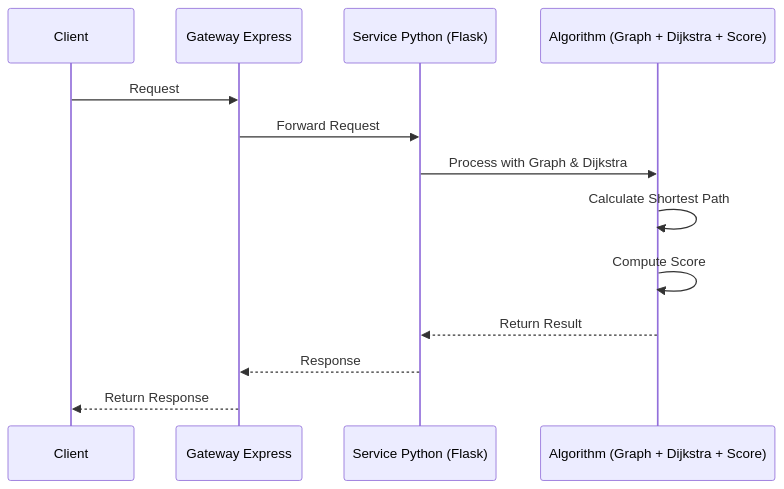
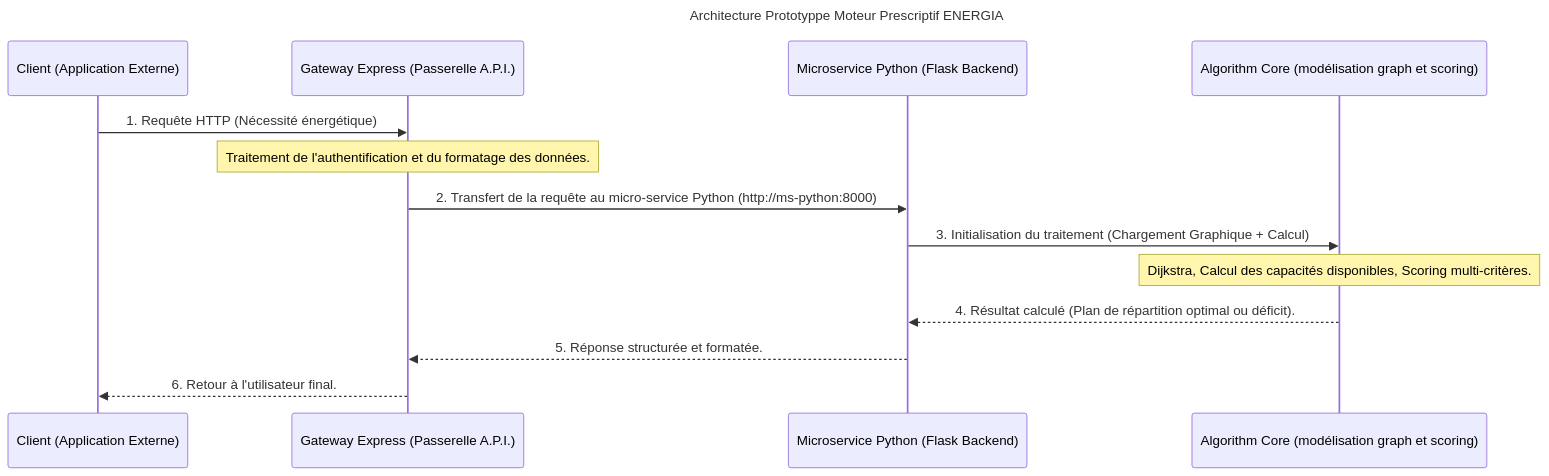
The diagram in README.md (tomtoomuch/energIA), drawn with Mermaid before and after one commit. The commit also changed other lines of this file and 2 other files, not shown here.

````diff
--- a/README.md
+++ b/README.md
@@ -16,20 +11,21 @@
 ```mermaid
 ---
 config:
-  layout: elk
+  layout: elk
+title: Architecture Prototyppe Moteur Prescriptif ENERGIA
 ---
 sequenceDiagram
-    participant Client
-    participant GatewayExpress as Gateway Express
-    participant ServicePython as Service Python (Flask)
-    participant Algorithm as Algorithm (Graph + Dijkstra + Score)
+    participant C as Client (Application Externe)
+    participant G as Gateway Express (Passerelle A.P.I.)
+    participant P as Microservice Python (Flask Backend)
+    participant A as Algorithm Core (modélisation graph et scoring)
 
-    Client->>GatewayExpress: Request
-    GatewayExpress->>ServicePython: Forward Request
-    ServicePython->>Algorithm: Process with Graph & Dijkstra
-    Algorithm->>Algorithm: Calculate Shortest Path
-    Algorithm->>Algorithm: Compute Score
-    Algorithm-->>ServicePython: Return Result
-    ServicePython-->>GatewayExpress: Response
-    GatewayExpress-->>Client: Return Response
+    C->>G: 1. Requête HTTP (Nécessité énergétique)
+    Note over G: Traitement de l'authentification et du formatage des données.
+    G->>P: 2. Transfert de la requête au micro-service Python (http://ms-python:8000)
+    P->>A: 3. Initialisation du traitement (Chargement Graphique + Calcul)
+    Note over A: Dijkstra, Calcul des capacités disponibles, Scoring multi-critères.
+    A-->>P: 4. Résultat calculé (Plan de répartition optimal ou déficit).
+    P-->>G: 5. Réponse structurée et formatée.
+    G-->>C: 6. Retour à l'utilisateur final.
 ```
````
